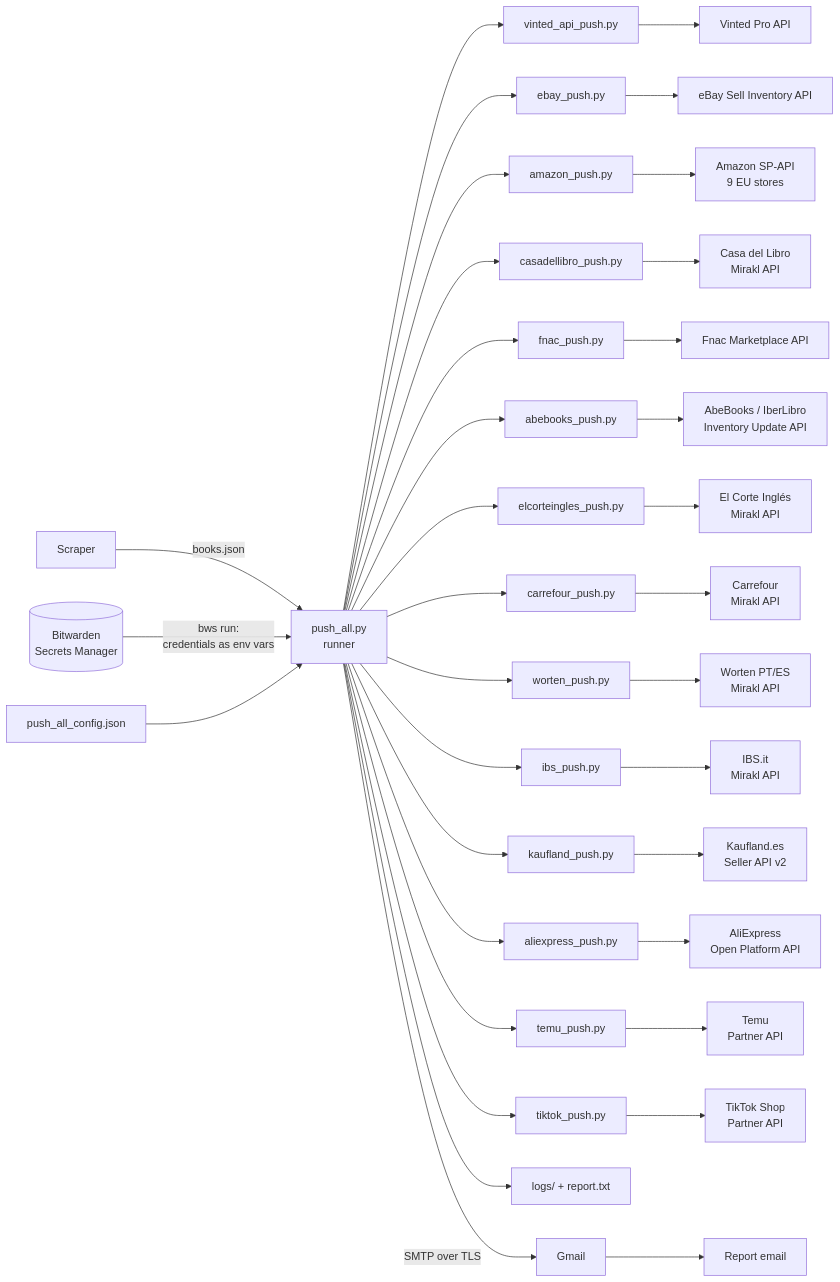
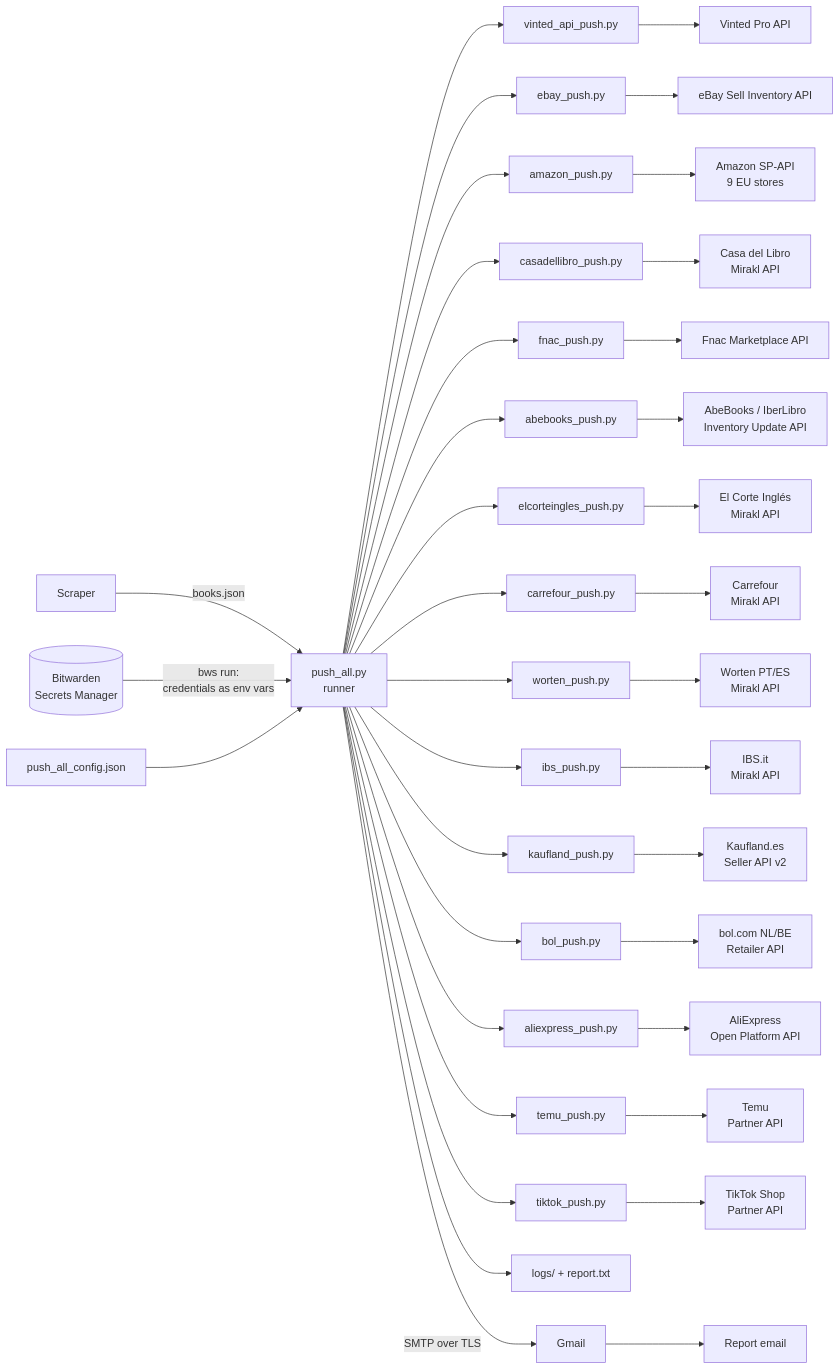
One commit to DavisGalla/products-api-push changed the diagram in docs/architecture.md. Above: the diagram before and after it, drawn with Mermaid. The commit also changed other lines of this file and 13 other files, not shown here.

Commit message:
Add bol.com pusher (Retailer API, Offers v11); include it in push_all, docs, architecture and capabilities PDFs

````diff
--- a/docs/architecture.md
+++ b/docs/architecture.md
@@ -29,22 +29,23 @@
 ```mermaid
 flowchart LR
     S[Scraper] -->|books.json| R
     BW[(Bitwarden<br>Secrets Manager)] -->|bws run:<br>credentials as env vars| R
     C[push_all_config.json] --> R
     R[push_all.py<br>runner] --> V[vinted_api_push.py] --> VA[Vinted Pro API]
     R --> E[ebay_push.py] --> EA[eBay Sell Inventory API]
     R --> A[amazon_push.py] --> AA[Amazon SP-API<br>9 EU stores]
     R --> CL[casadellibro_push.py] --> CLA[Casa del Libro<br>Mirakl API]
     R --> F[fnac_push.py] --> FA[Fnac Marketplace API]
     R --> AB[abebooks_push.py] --> ABA[AbeBooks / IberLibro<br>Inventory Update API]
     R --> EC[elcorteingles_push.py] --> ECA[El Corte Inglés<br>Mirakl API]
     R --> CF[carrefour_push.py] --> CFA[Carrefour<br>Mirakl API]
     R --> W[worten_push.py] --> WA[Worten PT/ES<br>Mirakl API]
     R --> IB[ibs_push.py] --> IBA[IBS.it<br>Mirakl API]
     R --> K[kaufland_push.py] --> KA[Kaufland.es<br>Seller API v2]
+    R --> BO[bol_push.py] --> BOA[bol.com NL/BE<br>Retailer API]
     R --> AE[aliexpress_push.py] --> AEA[AliExpress<br>Open Platform API]
     R --> TM[temu_push.py] --> TMA[Temu<br>Partner API]
     R --> TT[tiktok_push.py] --> TTA[TikTok Shop<br>Partner API]
     R --> L[logs/ + report.txt]
     R -->|SMTP over TLS| G[Gmail] --> M[Report email]
 ```
````
